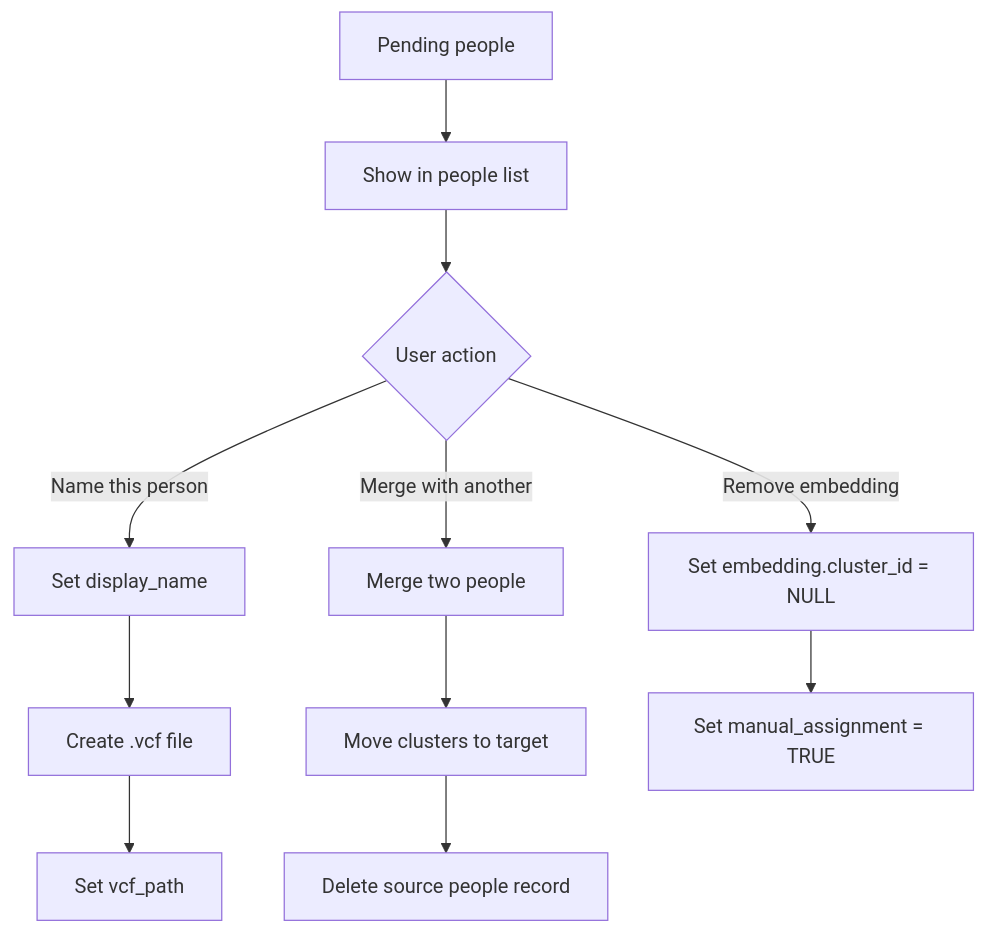
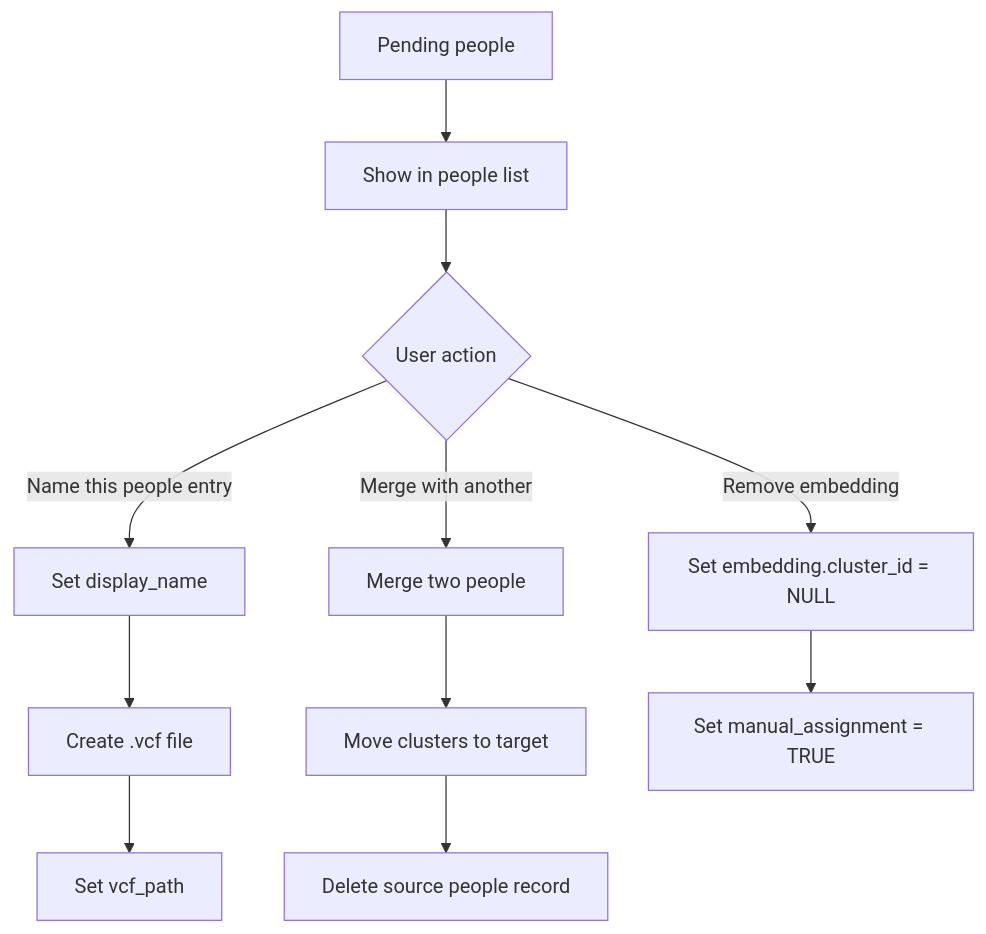
Before and after one commit to xiaoyuanzhu-com/my-life-db: the fifth of 5 diagrams in docs/people.md, drawn with Mermaid. The commit also changed other lines of this file and 11 other files, not shown here.

First line of the commit message:
refactor: unify Person types to People across codebase

````diff
--- a/docs/people.md
+++ b/docs/people.md
@@ -254,16 +254,16 @@
 ```mermaid
 flowchart TD
     Start[Pending people] --> ShowUI[Show in people list]
     ShowUI --> UserAction{User action}
 
-    UserAction -->|"Name this person"| SetName[Set display_name]
+    UserAction -->|"Name this people entry"| SetName[Set display_name]
     SetName --> CreateVCF[Create .vcf file]
     CreateVCF --> SetPath[Set vcf_path]
 
     UserAction -->|"Merge with another"| MergePeople[Merge two people]
     MergePeople --> MoveClusters[Move clusters to target]
     MoveClusters --> DeleteSource[Delete source people record]
 
     UserAction -->|"Remove embedding"| Unlink[Set embedding.cluster_id = NULL]
     Unlink --> SetManual[Set manual_assignment = TRUE]
 ```
````
